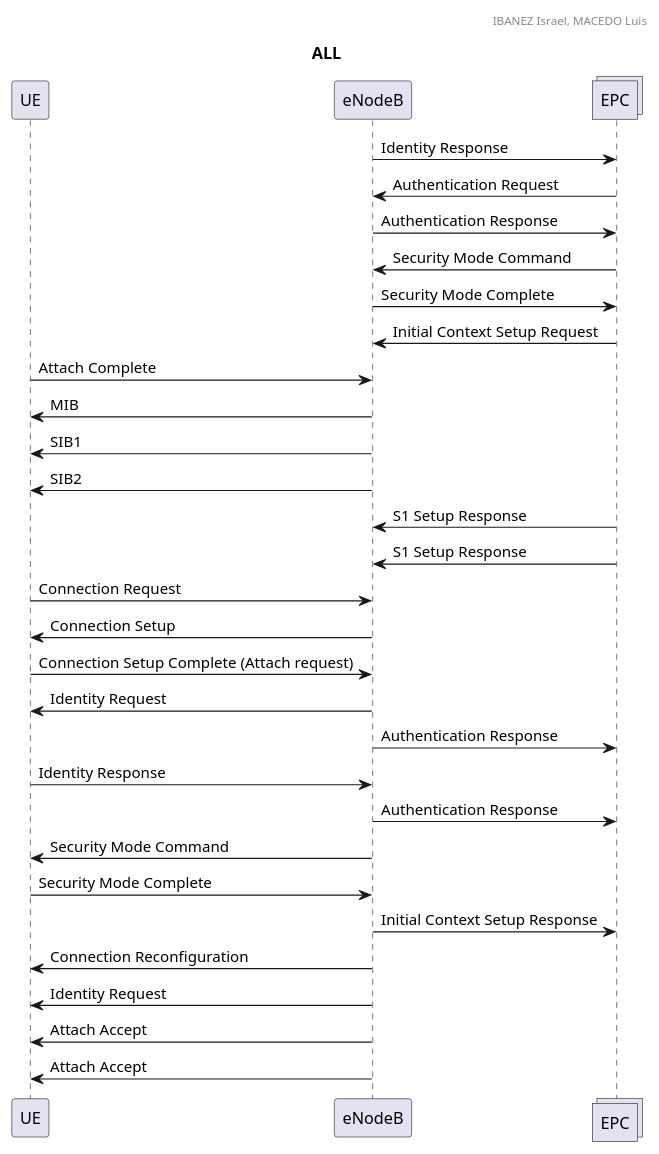
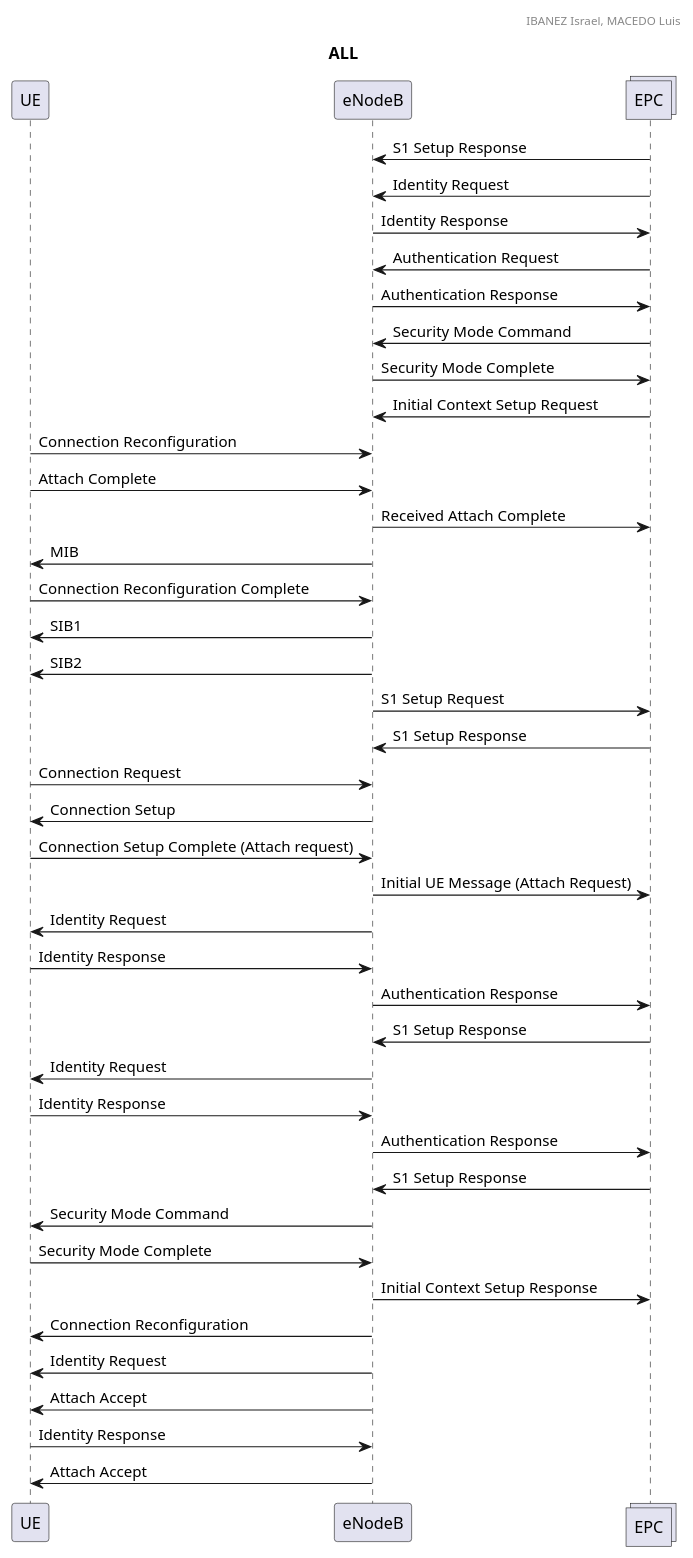
The diagram in Code/result.puml (lmacedob/PIR-7), drawn with PlantUML before and after one commit. The commit also changed 4 other files, not shown here.

```diff
--- a/Code/result.puml
+++ b/Code/result.puml
@@ -1,33 +1,44 @@
 @startuml 
 header IBANEZ Israel, MACEDO Luis 
 title ALL
 participant UE
 participant eNodeB
 collections EPC
+EPC -> eNodeB: S1 Setup Response
+EPC -> eNodeB: Identity Request
 eNodeB -> EPC: Identity Response
 EPC -> eNodeB: Authentication Request
 eNodeB -> EPC: Authentication Response
 EPC -> eNodeB: Security Mode Command
 eNodeB -> EPC: Security Mode Complete
 EPC -> eNodeB: Initial Context Setup Request
+UE -> eNodeB: Connection Reconfiguration
 UE -> eNodeB: Attach Complete
+eNodeB -> EPC: Received Attach Complete
 eNodeB -> UE: MIB
+UE -> eNodeB: Connection Reconfiguration Complete
 eNodeB -> UE: SIB1
 eNodeB -> UE: SIB2
-EPC -> eNodeB: S1 Setup Response
+eNodeB -> EPC: S1 Setup Request
 EPC -> eNodeB: S1 Setup Response
 UE -> eNodeB: Connection Request
 eNodeB -> UE: Connection Setup
 UE -> eNodeB: Connection Setup Complete (Attach request)
+eNodeB -> EPC: Initial UE Message (Attach Request)
 eNodeB -> UE: Identity Request
-eNodeB -> EPC: Authentication Response
 UE -> eNodeB: Identity Response
 eNodeB -> EPC: Authentication Response
+EPC -> eNodeB: S1 Setup Response
+eNodeB -> UE: Identity Request
+UE -> eNodeB: Identity Response
+eNodeB -> EPC: Authentication Response
+EPC -> eNodeB: S1 Setup Response
 eNodeB -> UE: Security Mode Command
 UE -> eNodeB: Security Mode Complete
 eNodeB -> EPC: Initial Context Setup Response
 eNodeB -> UE: Connection Reconfiguration
 eNodeB -> UE: Identity Request
 eNodeB -> UE: Attach Accept
+UE -> eNodeB: Identity Response
 eNodeB -> UE: Attach Accept
 @enduml
```
